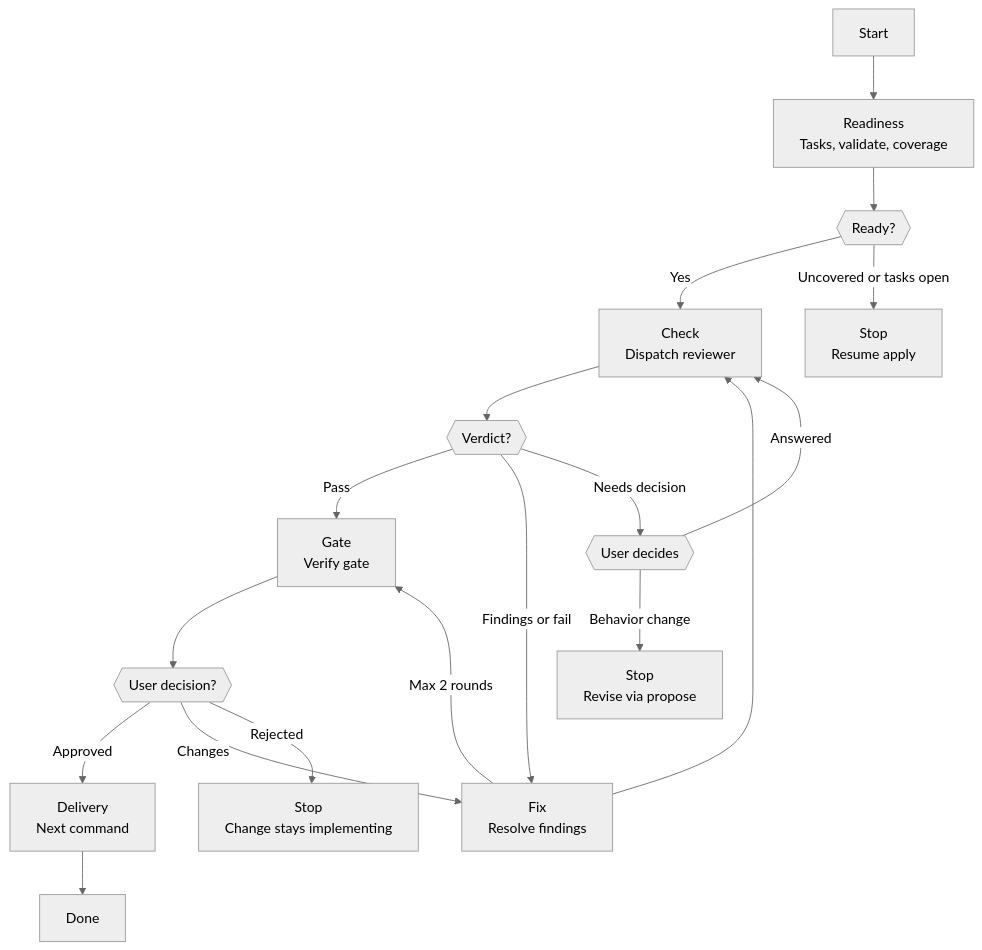
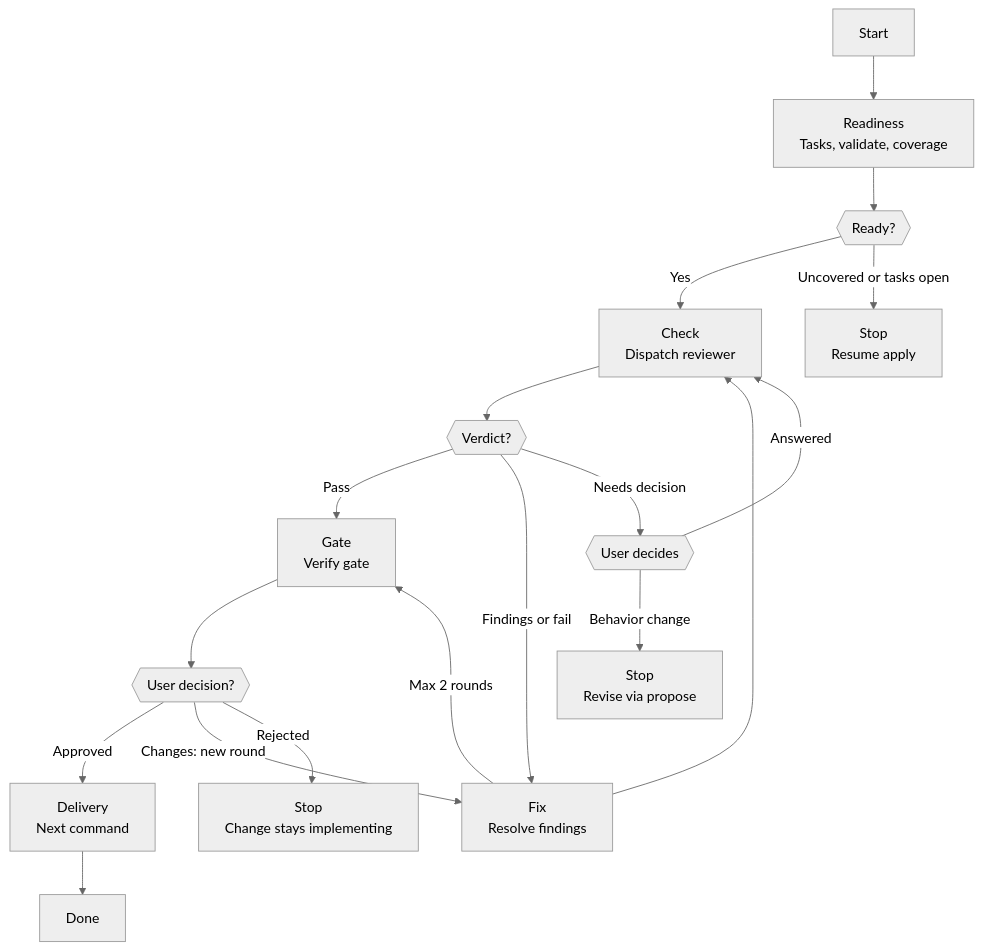
Before and after one commit to infra-medra/flow: the diagram in plugins/medra/skills/pipeline-implementer-verify/SKILL.md, drawn with Mermaid (neutral theme). The commit also changed other lines of this file and 11 other files, not shown here.

````diff
--- a/plugins/medra/skills/pipeline-implementer-verify/SKILL.md
+++ b/plugins/medra/skills/pipeline-implementer-verify/SKILL.md
@@ -27,20 +27,20 @@
 ```mermaid
 flowchart TD
     Start["Start"] --> Readiness["Readiness\nTasks, validate, coverage"]
     Readiness --> Ready{{"Ready?"}}
     Ready -->|"Yes"| Check["Check\nDispatch reviewer"]
     Ready -->|"Uncovered or tasks open"| Stop1["Stop\nResume apply"]
     Check --> Verdict{{"Verdict?"}}
     Verdict -->|"Pass"| Gate["Gate\nVerify gate"]
     Verdict -->|"Findings or fail"| Fix["Fix\nResolve findings"]
     Verdict -->|"Needs decision"| Ask{{"User decides"}}
     Ask -->|"Answered"| Check
     Ask -->|"Behavior change"| Stop3["Stop\nRevise via propose"]
     Fix --> Check
     Fix -->|"Max 2 rounds"| Gate
     Gate --> Decision{{"User decision?"}}
     Decision -->|"Approved"| Delivery["Delivery\nNext command"]
-    Decision -->|"Changes"| Fix
+    Decision -->|"Changes: new round"| Fix
     Decision -->|"Rejected"| Stop2["Stop\nChange stays implementing"]
     Delivery --> Done["Done"]
 ```
````
